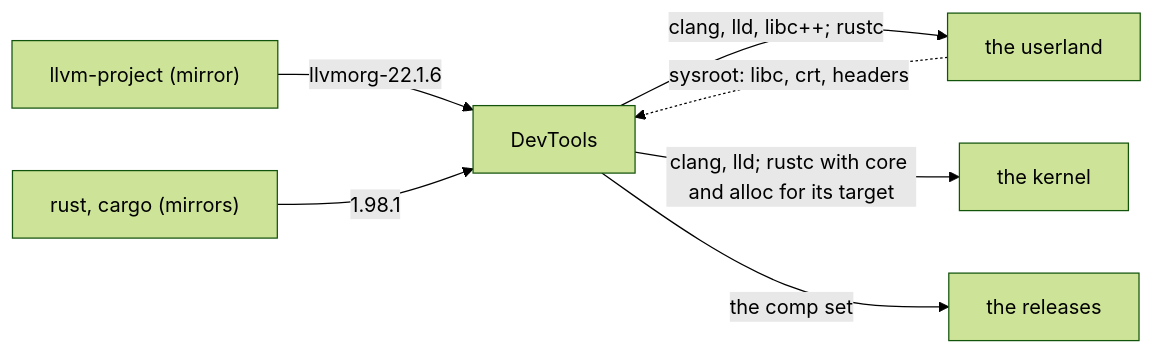
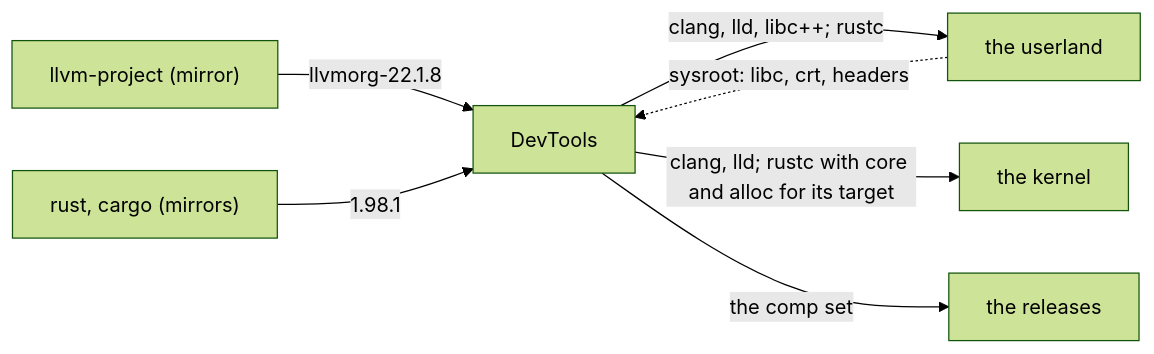
One commit to EmiBSD/DevTools changed the diagram in README.md. Above: the diagram before and after it, drawn with Mermaid (forest theme). The commit also changed other lines of this file and 6 other files, not shown here.

````diff
--- a/README.md
+++ b/README.md
@@ -52,9 +52,9 @@
 ```mermaid
 flowchart LR
-    llvm["llvm-project (mirror)"] -- "llvmorg-22.1.6" --> dev["DevTools"]
+    llvm["llvm-project (mirror)"] -- "llvmorg-22.1.8" --> dev["DevTools"]
     rust["rust, cargo (mirrors)"] -- "1.98.1" --> dev
     dev -- "clang, lld, libc++; rustc" --> ul["the userland"]
     dev -- "clang, lld; rustc with core and alloc for its target" --> k["the kernel"]
     dev -- "the comp set" --> os["the releases"]
     ul -. "sysroot: libc, crt, headers" .-> dev
 ```
````
